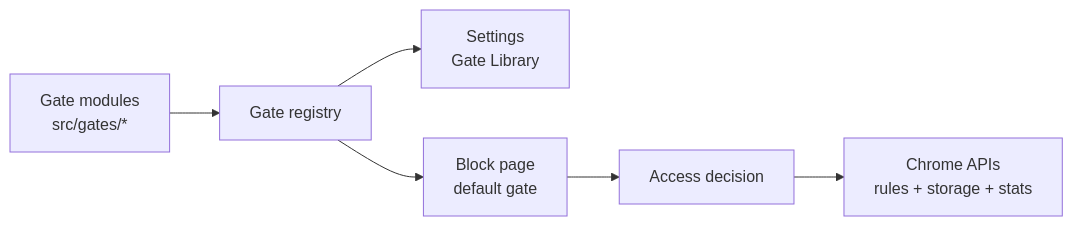
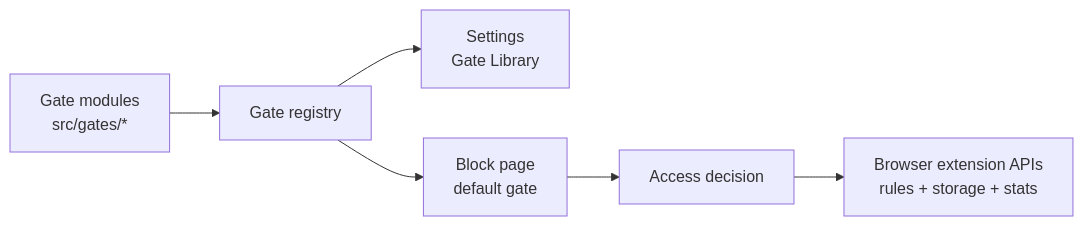
Before and after one commit to bradlangel/nodrift: the diagram in README.md, drawn with Mermaid. The commit also changed other lines of this file and 12 other files, not shown here.

````diff
--- a/README.md
+++ b/README.md
@@ -21,8 +23,8 @@
 ```mermaid
 flowchart LR
   Gates["Gate modules\nsrc/gates/*"] --> Registry["Gate registry"]
   Registry --> Settings["Settings\nGate Library"]
   Registry --> BlockPage["Block page\ndefault gate"]
   BlockPage --> Decision["Access decision"]
-  Decision --> Chrome["Chrome APIs\nrules + storage + stats"]
+  Decision --> Browser["Browser extension APIs\nrules + storage + stats"]
 ```
````
